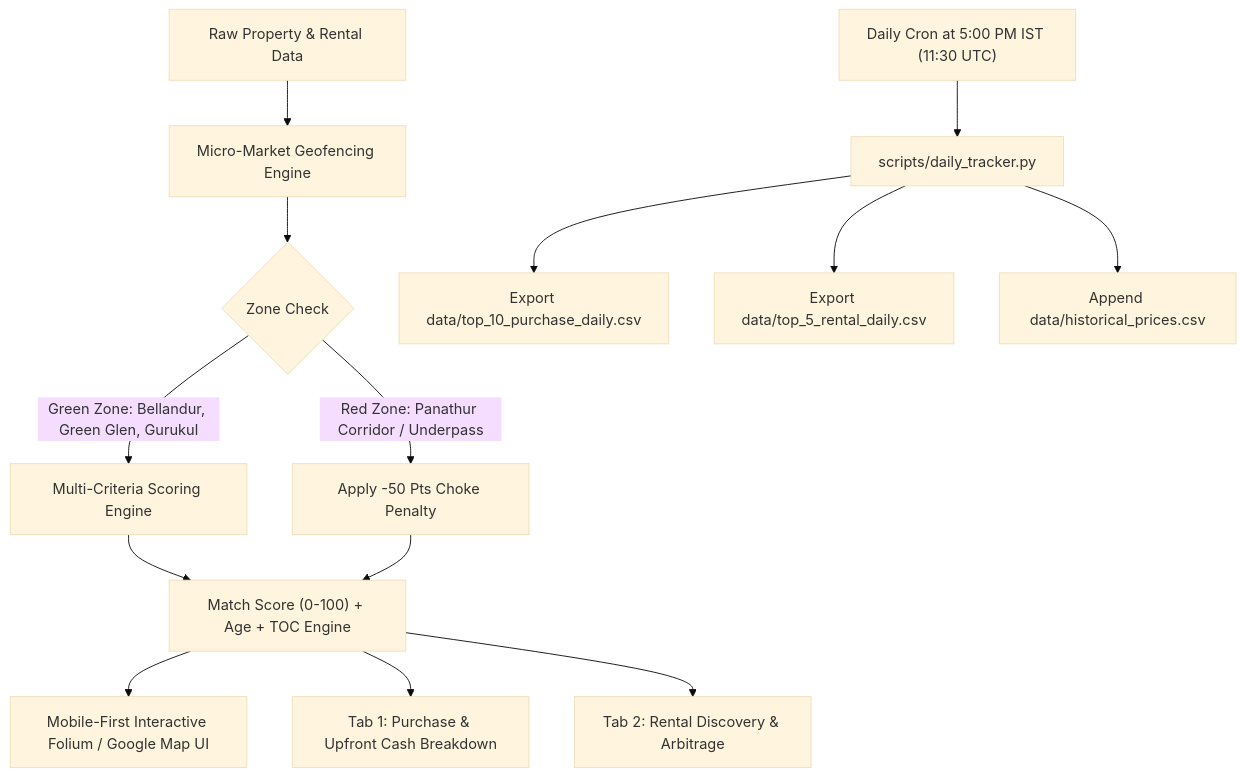
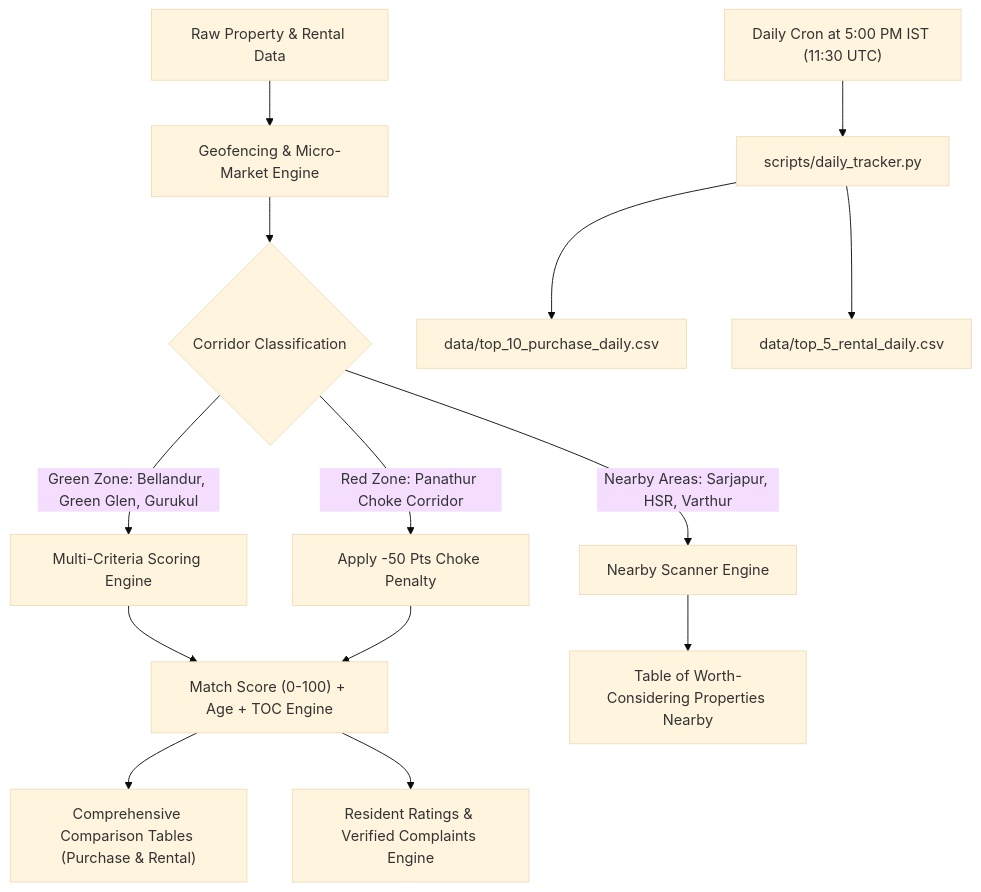
The diagram in README.md (purntripathi-cmd/South-east-bengaluru-real-estate-radar), drawn with Mermaid (base theme) before and after one commit. The commit also changed other lines of this file and 10 other files, not shown here.

Commit message:
Add comparison tables, resident ratings & complaints, and nearby areas scanner

````diff
--- a/README.md
+++ b/README.md
@@ -30,16 +30,16 @@
 ```mermaid
 flowchart TD
-    A["Raw Property & Rental Data"] --> B["Micro-Market Geofencing Engine"]
-    B --> C{"Zone Check"}
+    A["Raw Property & Rental Data"] --> B["Geofencing & Micro-Market Engine"]
+    B --> C{"Corridor Classification"}
     C -->|Green Zone: Bellandur, Green Glen, Gurukul| D["Multi-Criteria Scoring Engine"]
-    C -->|Red Zone: Panathur Corridor / Underpass| E["Apply -50 Pts Choke Penalty"]
-    D --> F["Match Score (0-100) + Age + TOC Engine"]
-    E --> F
-    F --> G["Mobile-First Interactive Folium / Google Map UI"]
-    F --> H["Tab 1: Purchase & Upfront Cash Breakdown"]
-    F --> I["Tab 2: Rental Discovery & Arbitrage"]
-    J["Daily Cron at 5:00 PM IST (11:30 UTC)"] --> K["scripts/daily_tracker.py"]
-    K --> L["Export data/top_10_purchase_daily.csv"]
-    K --> M["Export data/top_5_rental_daily.csv"]
-    K --> N["Append data/historical_prices.csv"]
+    C -->|Red Zone: Panathur Choke Corridor| E["Apply -50 Pts Choke Penalty"]
+    C -->|Nearby Areas: Sarjapur, HSR, Varthur| F["Nearby Scanner Engine"]
+    D --> G["Match Score (0-100) + Age + TOC Engine"]
+    E --> G
+    G --> H["Comprehensive Comparison Tables (Purchase & Rental)"]
+    G --> I["Resident Ratings & Verified Complaints Engine"]
+    F --> J["Table of Worth-Considering Properties Nearby"]
+    K["Daily Cron at 5:00 PM IST (11:30 UTC)"] --> L["scripts/daily_tracker.py"]
+    L --> M["data/top_10_purchase_daily.csv"]
+    L --> N["data/top_5_rental_daily.csv"]
 ```
````
